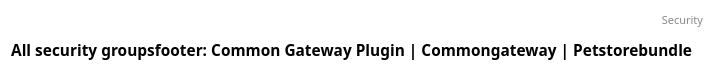
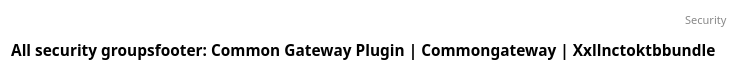
The diagram in docs/security/all_security_classes.puml (CommonGateway/XxllncToKTBBundle), drawn with PlantUML before and after one commit. The commit also changed 6 other files, not shown here.

```diff
--- a/docs/security/all_security_classes.puml
+++ b/docs/security/all_security_classes.puml
@@ -1,5 +1,5 @@
 @startuml
-title: All security groupsfooter: Common Gateway Plugin | Commongateway | Petstorebundle 
+title: All security groupsfooter: Common Gateway Plugin | Commongateway | Xxllnctoktbbundle 
 header: Security
 
 @enduml
```
